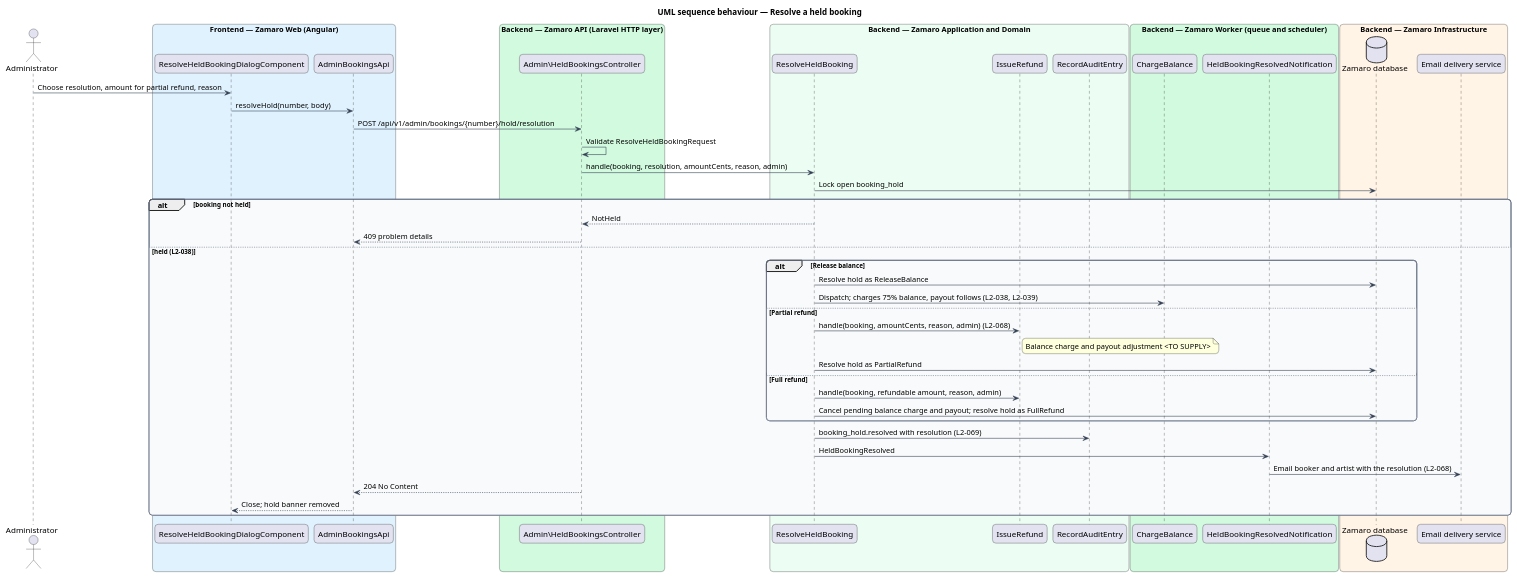
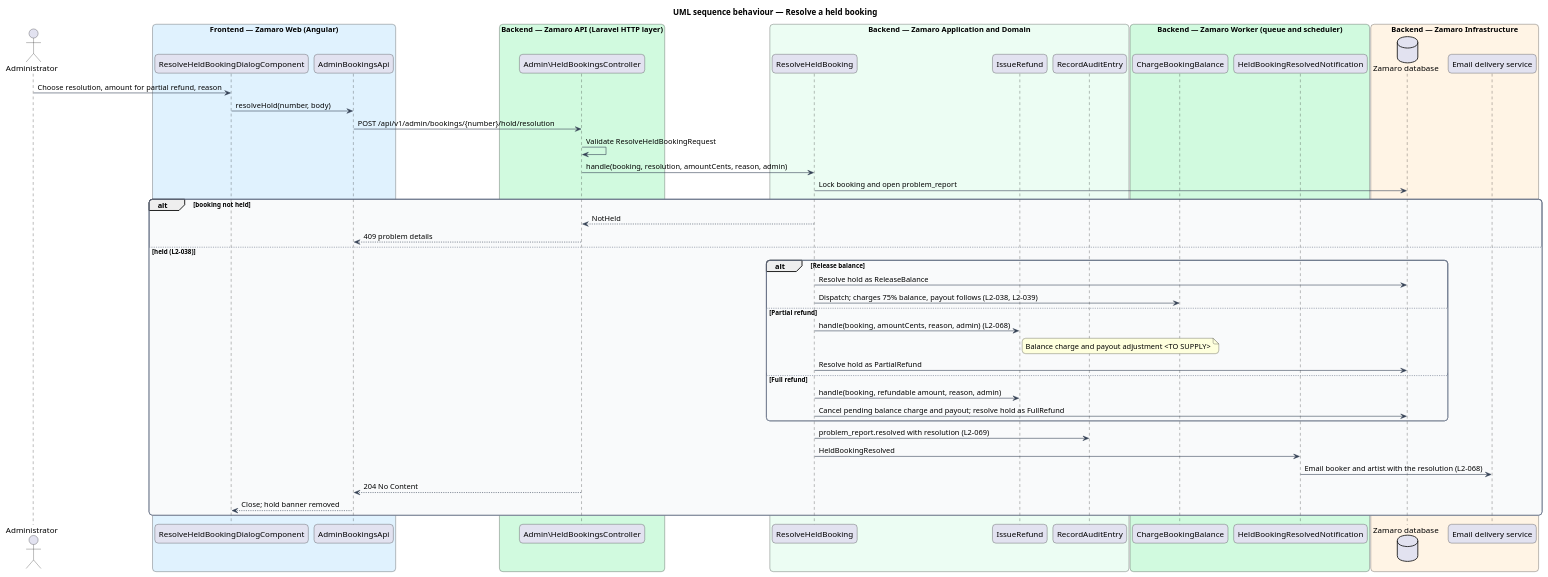
One commit to QuinntyneBrown/zamaro changed the diagram in docs/detailed-designs/administration/support-bookings-and-payments/diagrams/sequence-resolve-held-booking.puml. Above: the diagram before and after it, drawn with PlantUML. The commit also changed 140 other files, not shown here.

```diff
--- a/docs/detailed-designs/administration/support-bookings-and-payments/diagrams/sequence-resolve-held-booking.puml
+++ b/docs/detailed-designs/administration/support-bookings-and-payments/diagrams/sequence-resolve-held-booking.puml
@@ -1,66 +1,66 @@
 @startuml
 title UML sequence behaviour — Resolve a held booking
 skinparam backgroundColor #FFFFFF
 skinparam shadowing false
 skinparam roundcorner 12
 skinparam defaultFontName Arial
 skinparam ArrowColor #344054
 skinparam rectangle {
   BorderColor #344054
   FontColor #101828
 }
 skinparam package {
   BorderColor #667085
   FontColor #101828
   BackgroundColor #F9FAFB
 }
 actor "Administrator" as actor
 box "Frontend — Zamaro Web (Angular)" #E0F2FE
   participant "ResolveHeldBookingDialogComponent" as dialog
   participant "AdminBookingsApi" as client
 end box
 box "Backend — Zamaro API (Laravel HTTP layer)" #D1FADF
   participant "Admin\\HeldBookingsController" as ctrl
 end box
 box "Backend — Zamaro Application and Domain" #ECFDF3
   participant "ResolveHeldBooking" as action
   participant "IssueRefund" as refund
   participant "RecordAuditEntry" as audit
 end box
 box "Backend — Zamaro Worker (queue and scheduler)" #D1FADF
-  participant "ChargeBalance" as charge
+  participant "ChargeBookingBalance" as charge
   participant "HeldBookingResolvedNotification" as notif
 end box
 box "Backend — Zamaro Infrastructure" #FFF4E5
   database "Zamaro database" as db
   participant "Email delivery service" as email
 end box
 
 actor -> dialog : Choose resolution, amount for partial refund, reason
 dialog -> client : resolveHold(number, body)
 client -> ctrl : POST /api/v1/admin/bookings/{number}/hold/resolution
 ctrl -> ctrl : Validate ResolveHeldBookingRequest
 ctrl -> action : handle(booking, resolution, amountCents, reason, admin)
-action -> db : Lock open booking_hold
+action -> db : Lock booking and open problem_report
 alt booking not held
   action --> ctrl : NotHeld
   ctrl --> client : 409 problem details
 else held (L2-038)
   alt Release balance
     action -> db : Resolve hold as ReleaseBalance
     action -> charge : Dispatch; charges 75% balance, payout follows (L2-038, L2-039)
   else Partial refund
     action -> refund : handle(booking, amountCents, reason, admin) (L2-068)
     note right of refund : Balance charge and payout adjustment <TO SUPPLY>
     action -> db : Resolve hold as PartialRefund
   else Full refund
     action -> refund : handle(booking, refundable amount, reason, admin)
     action -> db : Cancel pending balance charge and payout; resolve hold as FullRefund
   end
-  action -> audit : booking_hold.resolved with resolution (L2-069)
+  action -> audit : problem_report.resolved with resolution (L2-069)
   action -> notif : HeldBookingResolved
   notif -> email : Email booker and artist with the resolution (L2-068)
   ctrl --> client : 204 No Content
   client --> dialog : Close; hold banner removed
 end
 @enduml
```
